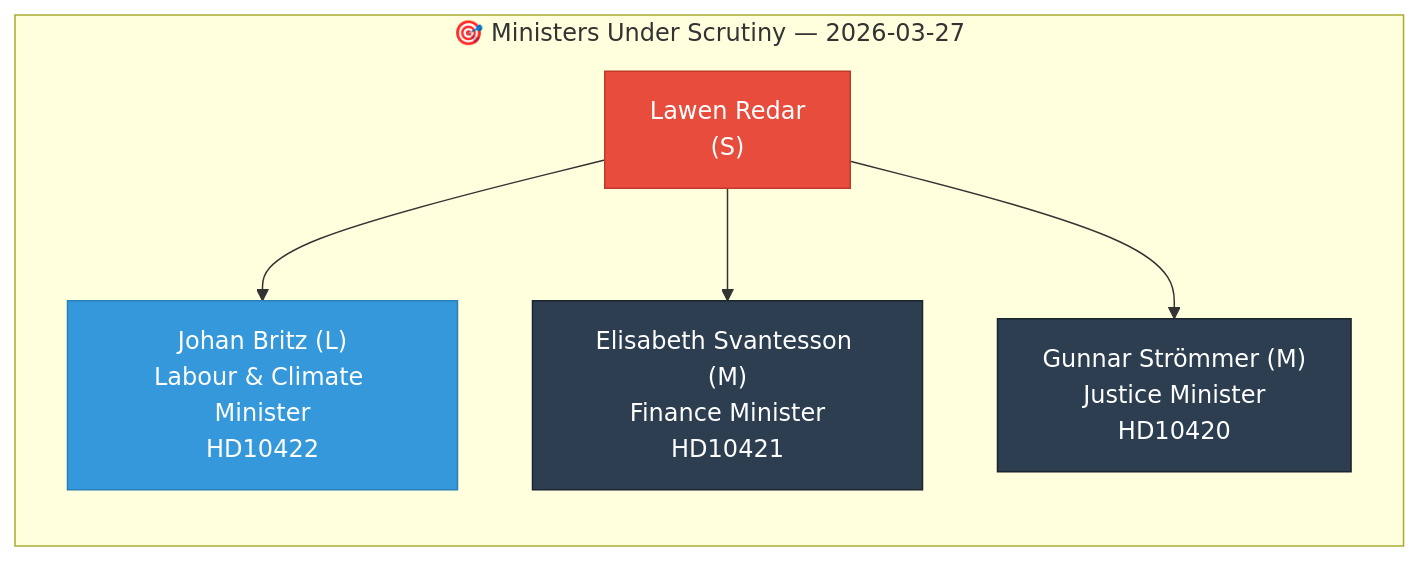
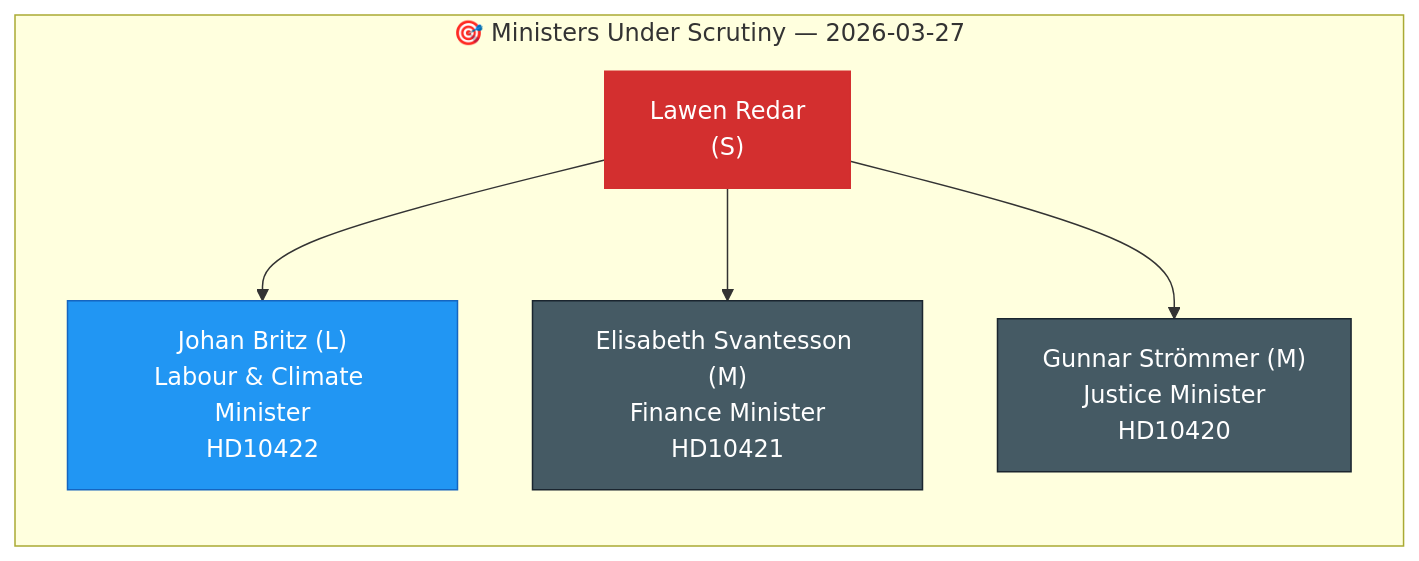
Before and after one commit to Hack23/riksdagsmonitor: the second of 2 diagrams in analysis/daily/2026-03-27/interpellations/synthesis-summary.md, drawn with Mermaid. The commit also changed other lines of this file and 785 other files, not shown here.

First line of the commit message:
Normalize mermaid colors across 786 analysis artifacts to ISMS Style Guide palette

````diff
--- a/analysis/daily/2026-03-27/interpellations/synthesis-summary.md
+++ b/analysis/daily/2026-03-27/interpellations/synthesis-summary.md
@@ -60,13 +60,13 @@
 ```mermaid
 graph LR
     subgraph "🎯 Ministers Under Scrutiny — 2026-03-27"
         LR["Lawen Redar<br/>(S)"]
         LR --> JB["Johan Britz (L)<br/>Labour & Climate Minister<br/>HD10422"]
         LR --> ES["Elisabeth Svantesson (M)<br/>Finance Minister<br/>HD10421"]
         LR --> GS["Gunnar Strömmer (M)<br/>Justice Minister<br/>HD10420"]
     end
-    style LR fill:#e74c3c,color:#fff,stroke:#c0392b
-    style JB fill:#3498db,color:#fff,stroke:#2980b9
-    style ES fill:#2c3e50,color:#fff,stroke:#1a252f
-    style GS fill:#2c3e50,color:#fff,stroke:#1a252f
+    style LR fill:#D32F2F,color:#FFFFFF,stroke:#D32F2F
+    style JB fill:#2196F3,color:#FFFFFF,stroke:#1565C0
+    style ES fill:#455A64,color:#FFFFFF,stroke:#1a252f
+    style GS fill:#455A64,color:#FFFFFF,stroke:#1a252f
 ```
````
